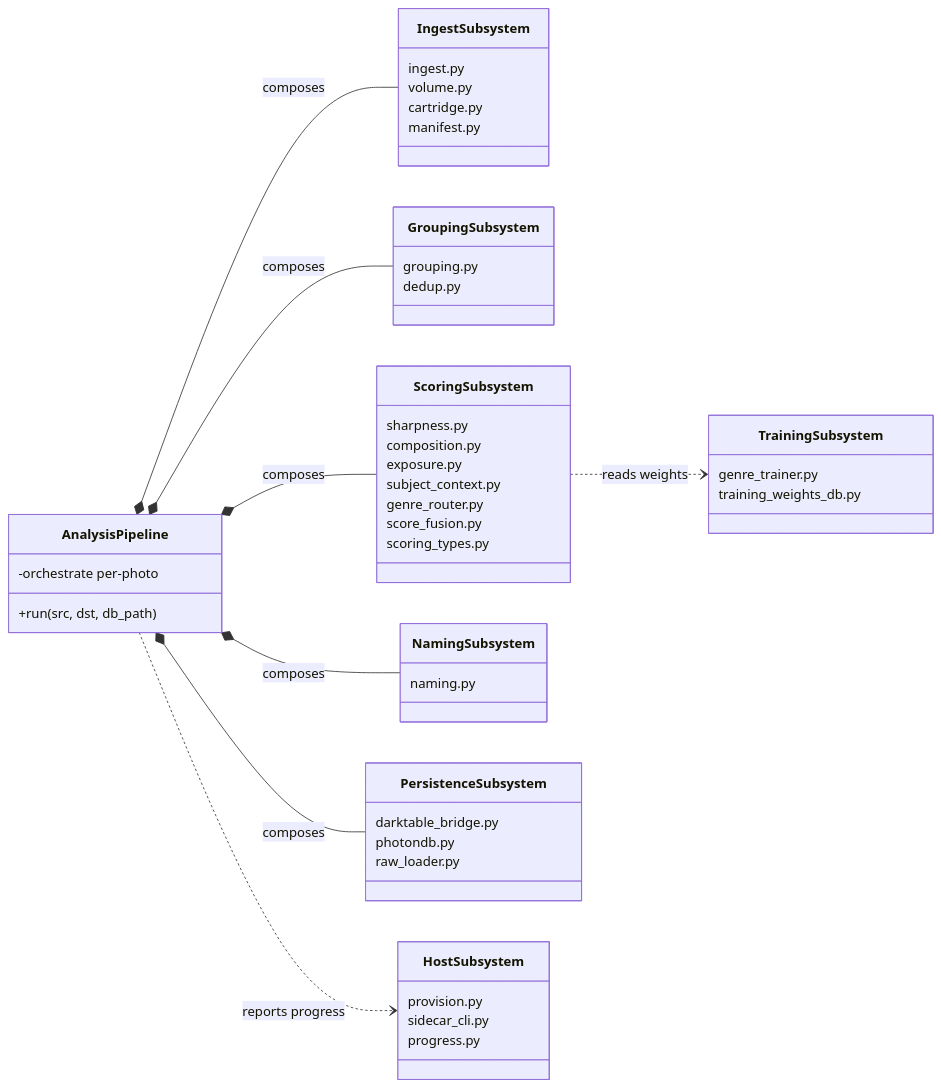
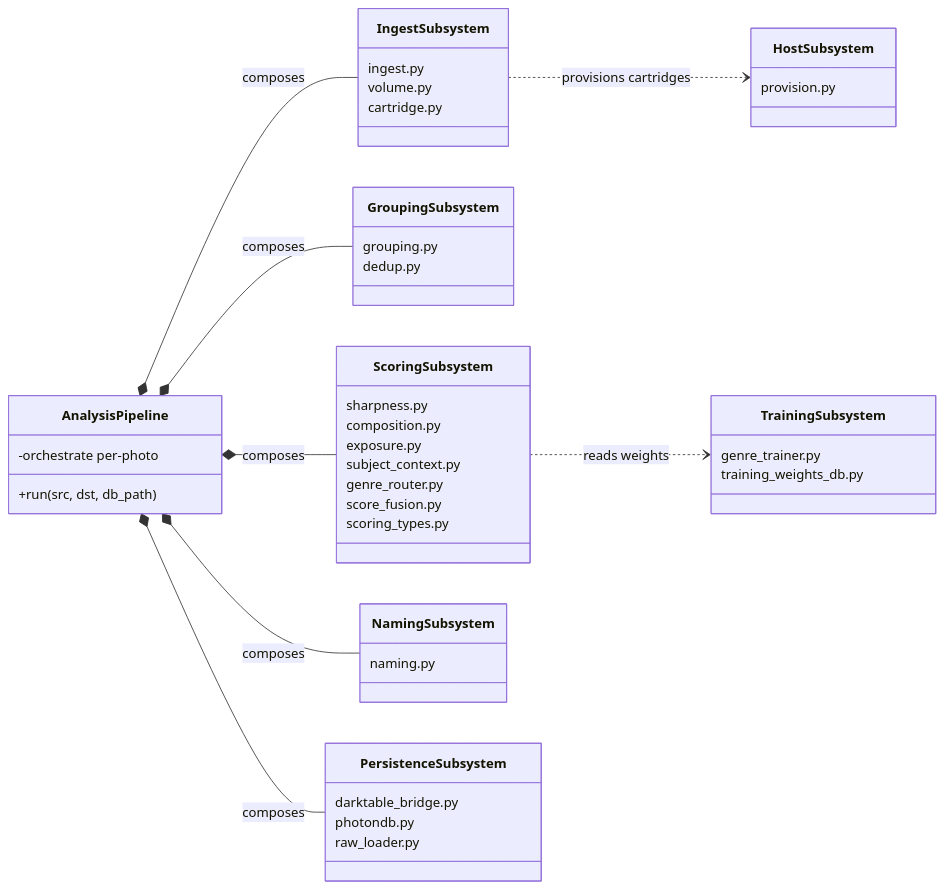
One commit to Ajam1997/PHOTONFORGE_Photo-Workflow changed the first of 4 diagrams in dev-docs/architecture/module-bdd.md. Above: the diagram before and after it, drawn with Mermaid. The commit also changed other lines of this file and 42 other files, not shown here.

````diff
--- a/dev-docs/architecture/module-bdd.md
+++ b/dev-docs/architecture/module-bdd.md
@@ -13,60 +13,57 @@
 ```mermaid
 classDiagram
     direction LR
 
     class AnalysisPipeline {
         +run(src, dst, db_path)
         -orchestrate per-photo
     }
 
     class IngestSubsystem {
         ingest.py
         volume.py
         cartridge.py
-        manifest.py
     }
 
     class GroupingSubsystem {
         grouping.py
         dedup.py
     }
 
     class ScoringSubsystem {
         sharpness.py
         composition.py
         exposure.py
         subject_context.py
         genre_router.py
         score_fusion.py
         scoring_types.py
     }
 
     class NamingSubsystem {
         naming.py
     }
 
     class PersistenceSubsystem {
         darktable_bridge.py
         photondb.py
         raw_loader.py
     }
 
     class TrainingSubsystem {
         genre_trainer.py
         training_weights_db.py
     }
 
     class HostSubsystem {
         provision.py
-        sidecar_cli.py
-        progress.py
     }
 
     AnalysisPipeline *-- IngestSubsystem : composes
     AnalysisPipeline *-- GroupingSubsystem : composes
     AnalysisPipeline *-- ScoringSubsystem : composes
     AnalysisPipeline *-- NamingSubsystem : composes
     AnalysisPipeline *-- PersistenceSubsystem : composes
     ScoringSubsystem ..> TrainingSubsystem : reads weights
-    AnalysisPipeline ..> HostSubsystem : reports progress
+    IngestSubsystem ..> HostSubsystem : provisions cartridges
 ```
````
